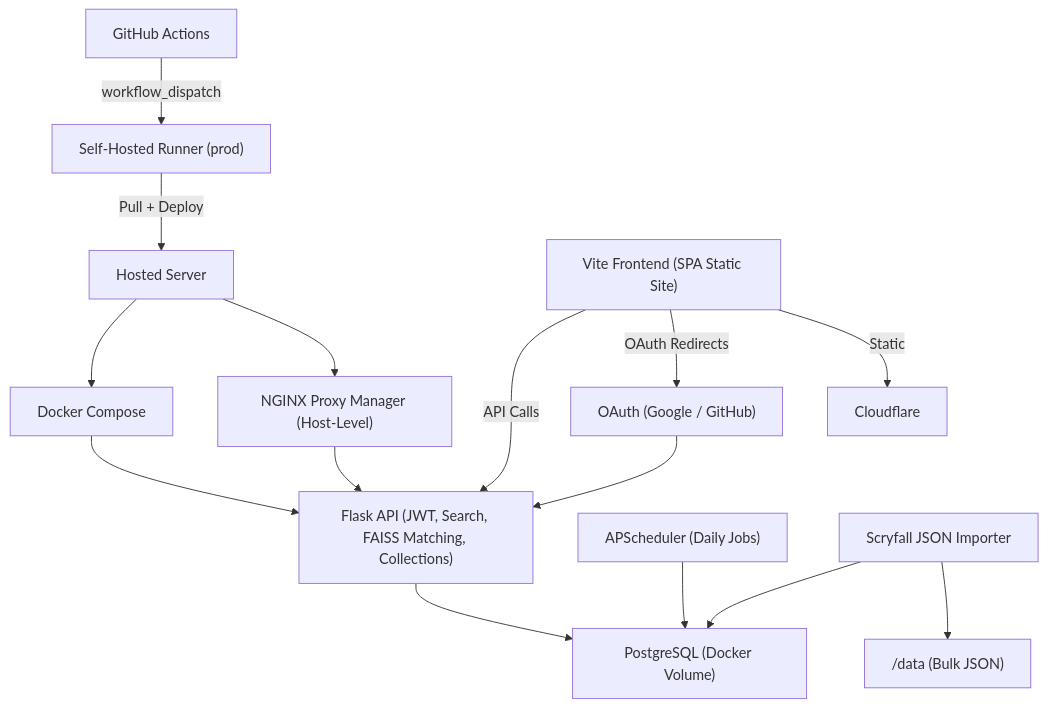
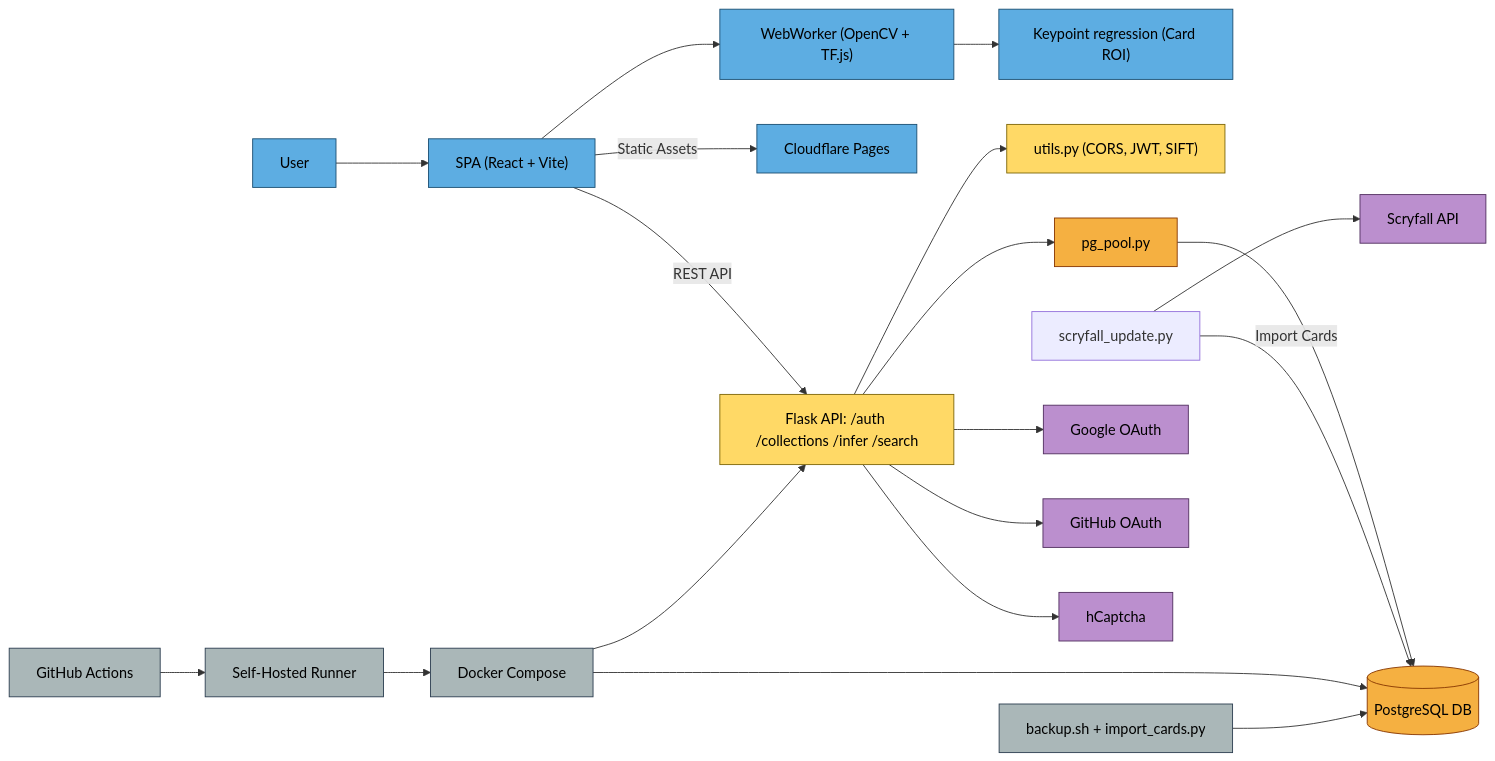
Before and after one commit to mtgscan-cards/monolithic: the diagram in DesignDocument.md, drawn with Mermaid.

Commit message:
feat: update architecture diagram to enhance clarity and detail of system components

````diff
--- a/DesignDocument.md
+++ b/DesignDocument.md
@@ -151,45 +151,65 @@
 ```mermaid
-graph TD
+graph LR
 
-%% Auth
-OAuth["OAuth (Google / GitHub)"]
+%% === CLIENT (LEFT) ===
+User["User"]
+SPA["SPA (React + Vite)"]
+Worker["WebWorker (OpenCV + TF.js)"]
+Model["Keypoint regression (Card ROI)"]
+FrontendHost["Cloudflare Pages"]
 
-%% API & Logic
-Backend["Flask API (JWT, Search, FAISS Matching, Collections)"]
-Scheduler["APScheduler (Daily Jobs)"]
-Parser["Scryfall JSON Importer"]
+User --> SPA --> Worker --> Model
+SPA -->|Static Assets| FrontendHost
 
-%% Data
-Database["PostgreSQL (Docker Volume)"]
-ScryfallData["/data (Bulk JSON)"]
+%% === BACKEND API ===
+API["Flask API: /auth /collections /infer /search"]
+Utils["utils.py (CORS, JWT, SIFT)"]
+API --> Utils
 
-%% CI/CD
-GitHub["GitHub Actions"]
-Runner["Self-Hosted Runner (prod)"]
+SPA -->|REST API| API
 
-%% Infra
-Nginx["NGINX Proxy Manager (Host-Level)"]
-Docker["Docker Compose"]
-Server["Hosted Server"]
+%% === DATABASE ===
+PG[(PostgreSQL DB)]
+Pool["pg_pool.py"]
+API --> Pool --> PG
 
-%% User Flow
-Frontend["Vite Frontend (SPA Static Site)"]
-Frontend -->|API Calls| Backend
-Frontend -->|OAuth Redirects| OAuth
-OAuth --> Backend
+%% === BACKGROUND JOB ===
+ScryfallJob["scryfall_update.py"]
+ScryfallJob -->|Import Cards| PG
 
-%% Backend Links
-Backend --> Database
-Scheduler --> Database
-Parser --> Database
-Parser --> ScryfallData
+%% === EXTERNAL ===
+OAuthGoogle["Google OAuth"]
+OAuthGitHub["GitHub OAuth"]
+hCaptcha["hCaptcha"]
+Scryfall["Scryfall API"]
 
-%% CI/CD Flow
-GitHub -->|workflow_dispatch| Runner
-Runner -->|Pull + Deploy| Server
-Server --> Docker --> Backend
-Server --> Nginx --> Backend
+API --> OAuthGoogle
+API --> OAuthGitHub
+API --> hCaptcha
+ScryfallJob --> Scryfall
 
-%% Hosting
-Frontend -->|Static| Cloudflare
+%% === CI/CD + INFRA (RIGHT) ===
+CI["GitHub Actions"]
+Runner["Self-Hosted Runner"]
+Compose["Docker Compose"]
+Maint["backup.sh + import_cards.py"]
+
+CI --> Runner --> Compose
+Compose --> API
+Compose --> PG
+Maint --> PG
+
+%% === STYLES ===
+classDef client fill:#5dade2,stroke:#1b4f72,color:#000;
+classDef backend fill:#ffd966,stroke:#7d6608,color:#000;
+classDef db fill:#f5b041,stroke:#873600,color:#000;
+classDef external fill:#bb8fce,stroke:#512e5f,color:#000;
+classDef infra fill:#aab7b8,stroke:#2c3e50,color:#000;
+classDef frontend fill:#58d68d,stroke:#145a32,color:#000;
+
+class User,SPA,Worker,Model,FrontendHost client;
+class API,Utils backend;
+class Pool,PG db;
+class OAuthGoogle,OAuthGitHub,hCaptcha,Scryfall external;
+class CI,Runner,Compose,Maint infra;
 ```
````
